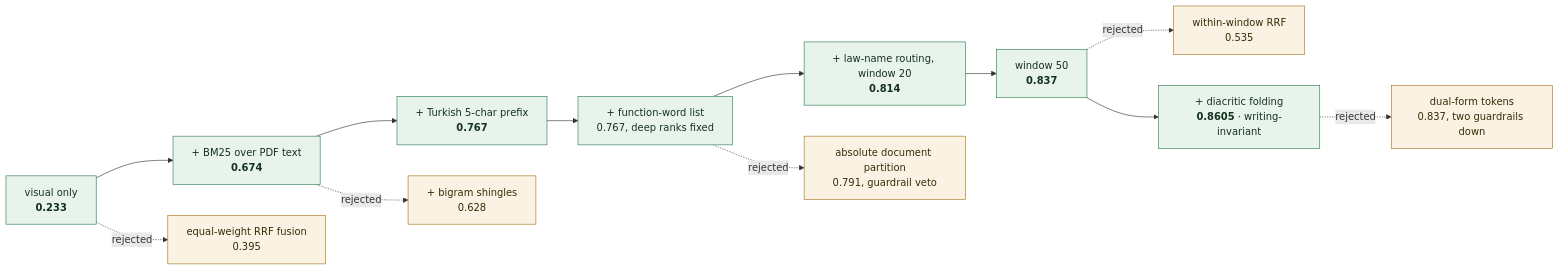
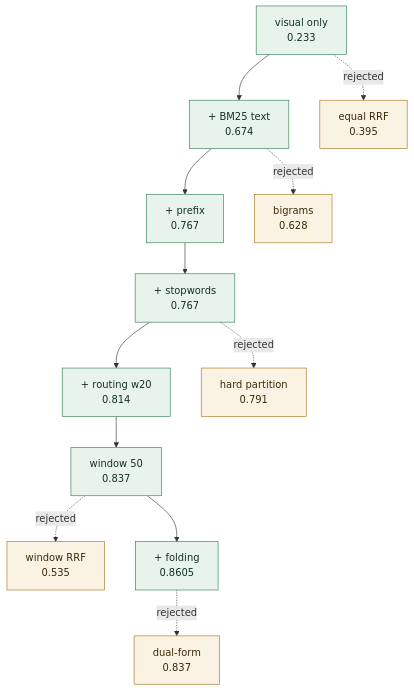
The fifth of 6 diagrams in README.md (barandincoguz/belge-gozu), drawn with Mermaid before and after one commit. The commit also changed other lines of this file, not shown here.

````diff
--- a/README.md
+++ b/README.md
@@ -349,19 +358,18 @@
 ```mermaid
-flowchart LR
-    B["visual only<br/><b>0.233</b>"] --> T["+ BM25 over PDF text<br/><b>0.674</b>"]
-    B -.->|rejected| R1["equal-weight RRF fusion<br/>0.395"]
-    T --> F["+ Turkish 5-char prefix<br/><b>0.767</b>"]
-    T -.->|rejected| BG["+ bigram shingles<br/>0.628"]
-    F --> S["+ function-word list<br/>0.767, deep ranks fixed"]
-    S --> W["+ law-name routing, window 20<br/><b>0.814</b>"]
-    S -.->|rejected| AP["absolute document partition<br/>0.791, guardrail veto"]
-    W --> W5["window 50<br/><b>0.837</b>"]
-    W5 -.->|rejected| WR["within-window RRF<br/>0.535"]
-    W5 --> FD["+ diacritic folding<br/><b>0.8605</b> · writing-invariant"]
-    FD -.->|rejected| DF["dual-form tokens<br/>0.837, two guardrails down"]
-
+flowchart TB
+    B["visual only<br/>0.233"] --> T["+ BM25 text<br/>0.674"]
+    B -.->|rejected| R1["equal RRF<br/>0.395"]
+    T --> F["+ prefix<br/>0.767"]
+    T -.->|rejected| BG["bigrams<br/>0.628"]
+    F --> S["+ stopwords<br/>0.767"]
+    S --> W["+ routing w20<br/>0.814"]
+    S -.->|rejected| AP["hard partition<br/>0.791"]
+    W --> W5["window 50<br/>0.837"]
+    W5 -.->|rejected| WR["window RRF<br/>0.535"]
+    W5 --> FD["+ folding<br/>0.8605"]
+    FD -.->|rejected| DF["dual-form<br/>0.837"]
     classDef kept fill:#e8f3ec,stroke:#2e7d4f,color:#14321f
     classDef gone fill:#faf3e4,stroke:#a8741a,color:#3a2a08
     class B,T,F,S,W,W5,FD kept
     class R1,BG,AP,WR,DF gone
 ```
````
